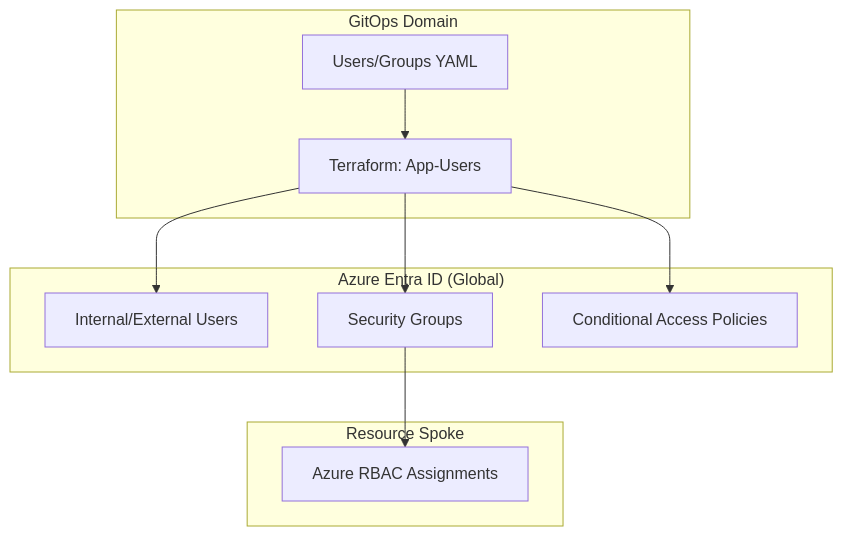
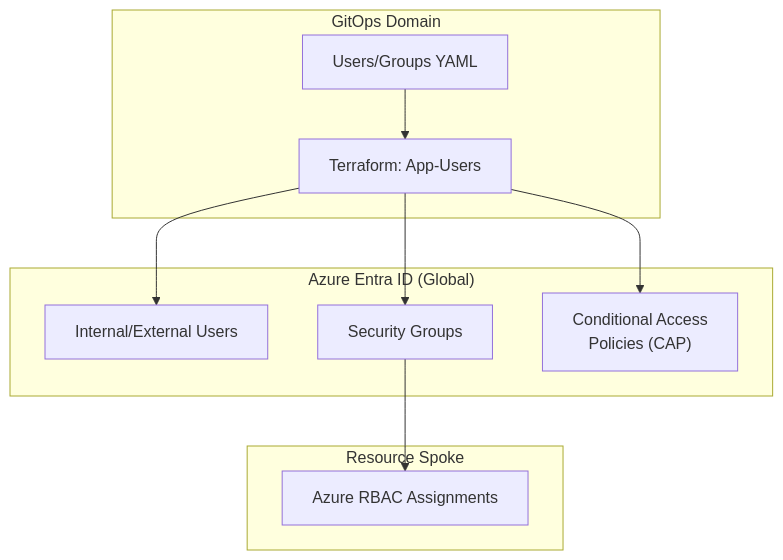
Before and after one commit to nubenetes/terraform-azure-devops-agentic: the diagram in docs/322-ENTRA_ID_IDENTITY_GOVERNANCE_AUTOMATION.md, drawn with Mermaid. The commit also changed 23 other files, not shown here.

Commit message:
docs: establish automated Mermaid validator and eliminate text clipping repo-wide

````diff
--- a/docs/322-ENTRA_ID_IDENTITY_GOVERNANCE_AUTOMATION.md
+++ b/docs/322-ENTRA_ID_IDENTITY_GOVERNANCE_AUTOMATION.md
@@ -34,20 +34,20 @@
 ```mermaid
 graph TD
     subgraph "GitOps Domain"
         YAML[Users/Groups YAML]
         TF[Terraform: App-Users]
     end
     subgraph "Azure Entra ID (Global)"
         USR[Internal/External Users]
         GRP[Security Groups]
-        CAP[Conditional Access Policies]
+        CAP["Conditional Access<br/>Policies (CAP)"]
     end
     subgraph "Resource Spoke"
         RBAC[Azure RBAC Assignments]
     end
     YAML --> TF
     TF --> USR
     TF --> GRP
     TF --> CAP
     GRP --> RBAC
 ```
````
